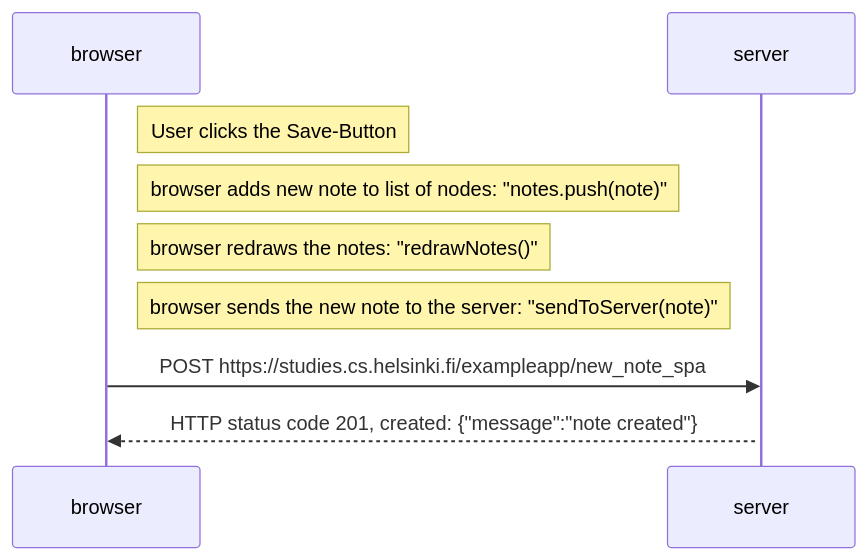
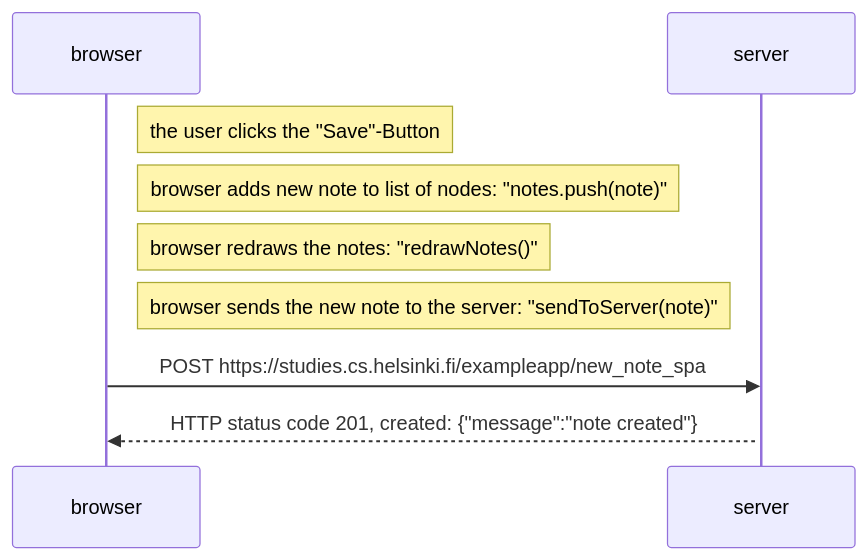
Before and after one commit to illestefan/FullstackOpen: the diagram in part0/NewNoteSpa_Diagram.md, drawn with Mermaid.

Commit message:
changed text

````diff
--- a/part0/NewNoteSpa_Diagram.md
+++ b/part0/NewNoteSpa_Diagram.md
@@ -1,14 +1,14 @@
 ```mermaid
 sequenceDiagram
     participant browser
     participant server
 
-    Note right of browser: User clicks the Save-Button
+    Note right of browser: the user clicks the "Save"-Button
     Note right of browser: browser adds new note to list of nodes: "notes.push(note)"
     Note right of browser: browser redraws the notes: "redrawNotes()" 
     Note right of browser: browser sends the new note to the server: "sendToServer(note)"
 
     browser->>server: POST https://studies.cs.helsinki.fi/exampleapp/new_note_spa
     activate server
     server-->>browser: HTTP status code 201, created: {"message":"note created"}
 ```
````
